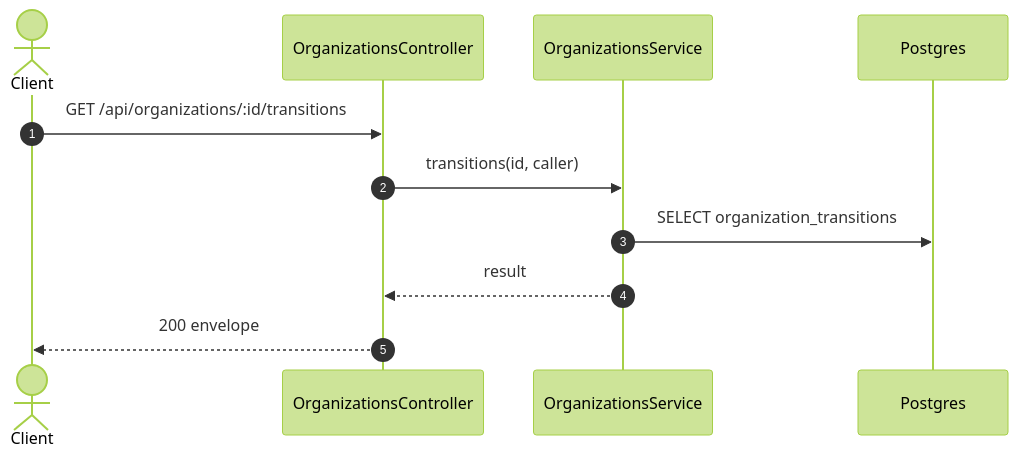
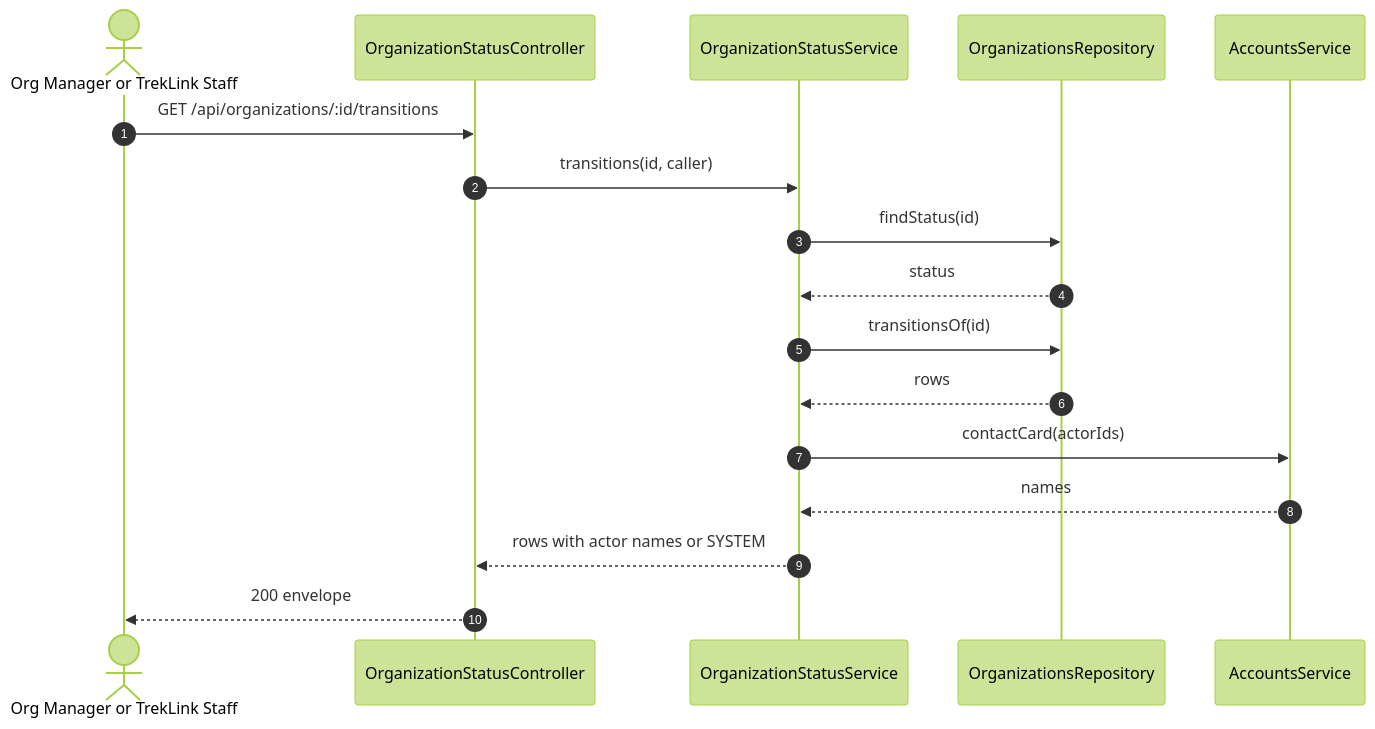
Before and after one commit to TrekLink-Team/treklink-web: the second of 2 diagrams in specs/organizations/api-design/11-get-organizations-id-transitions.md, drawn with Mermaid (forest theme). The commit also changed other lines of this file and 7 other files, not shown here.

First line of the commit message:
docs: draw organizations api-design 08 to 11 from the status controller

````diff
--- a/specs/organizations/api-design/11-get-organizations-id-transitions.md
+++ b/specs/organizations/api-design/11-get-organizations-id-transitions.md
@@ -131,13 +167,19 @@
 ```mermaid
 sequenceDiagram
     autonumber
-    actor C as Client
-    participant Ctl as OrganizationsController
-    participant Svc as OrganizationsService
-    participant DB as Postgres
-    C->>Ctl: GET /api/organizations/:id/transitions
+    actor U as Org Manager or TrekLink Staff
+    participant Ctl as OrganizationStatusController
+    participant Svc as OrganizationStatusService
+    participant R as OrganizationsRepository
+    participant A as AccountsService
+    U->>Ctl: GET /api/organizations/:id/transitions
     Ctl->>Svc: transitions(id, caller)
-    Svc->>DB: SELECT organization_transitions
-    Svc-->>Ctl: result
-    Ctl-->>C: 200 envelope
+    Svc->>R: findStatus(id)
+    R-->>Svc: status
+    Svc->>R: transitionsOf(id)
+    R-->>Svc: rows
+    Svc->>A: contactCard(actorIds)
+    A-->>Svc: names
+    Svc-->>Ctl: rows with actor names or SYSTEM
+    Ctl-->>U: 200 envelope
 ```
````
